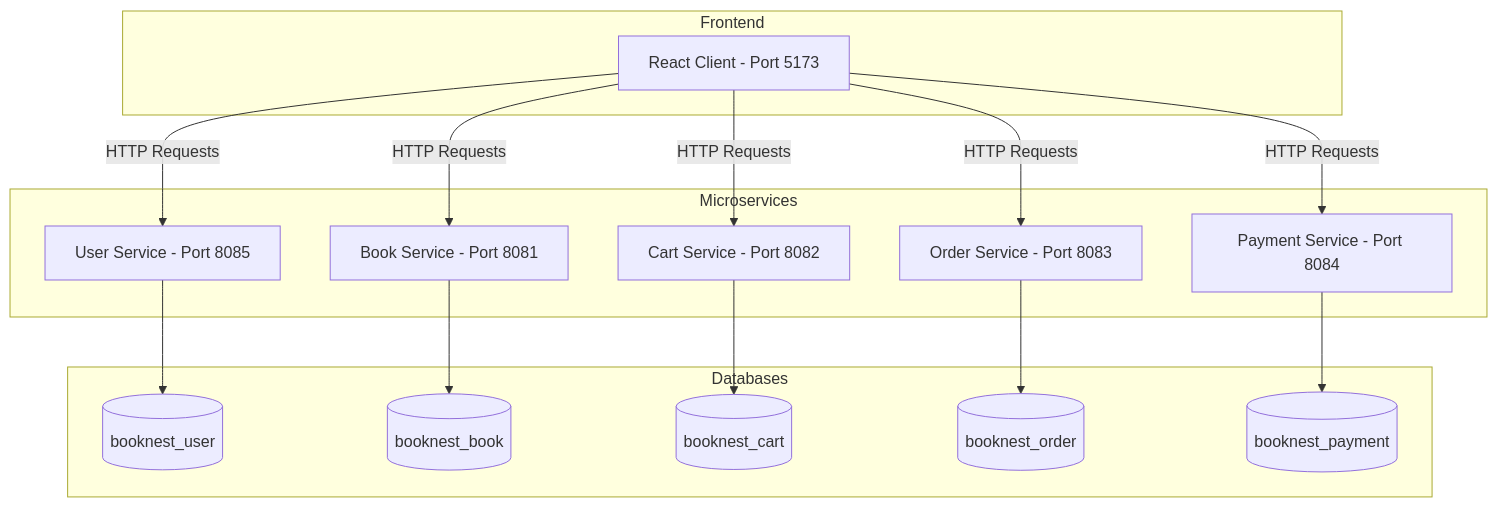
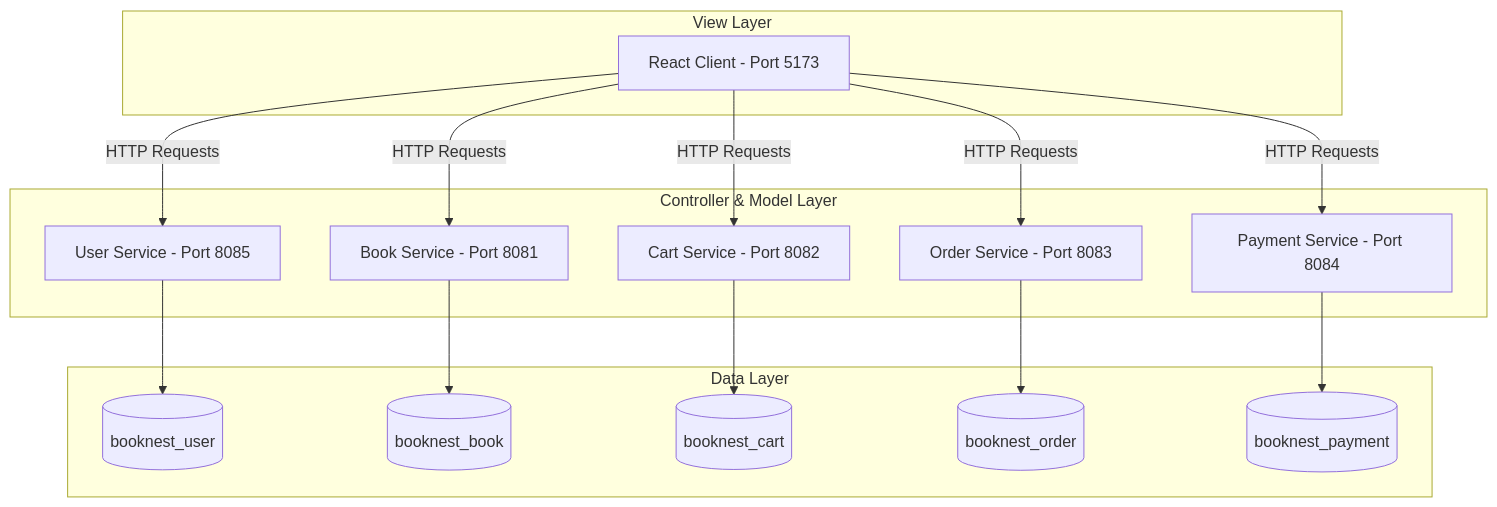
The first of 4 diagrams in README_API.md (anjanadulan/BookNest), drawn with Mermaid before and after one commit. The commit also changed other lines of this file, not shown here.

Commit message:
Expanded README_API.md with detailed microservice workflows, schemas, and connection flows

````diff
--- a/README_API.md
+++ b/README_API.md
@@ -11,34 +11,34 @@
 ```mermaid
 graph TD
-    subgraph Frontend
+    subgraph Frontend [View Layer]
         React[React Client - Port 5173]
     end
 
-    subgraph Microservices
+    subgraph Microservices [Controller & Model Layer]
         UserSvc[User Service - Port 8085]
         BookSvc[Book Service - Port 8081]
         CartSvc[Cart Service - Port 8082]
         OrderSvc[Order Service - Port 8083]
         PaymentSvc[Payment Service - Port 8084]
     end
 
-    subgraph Databases
+    subgraph Databases [Data Layer]
         DB_User[(booknest_user)]
         DB_Book[(booknest_book)]
         DB_Cart[(booknest_cart)]
         DB_Order[(booknest_order)]
         DB_Pay[(booknest_payment)]
     end
 
     React -->|HTTP Requests| UserSvc
     React -->|HTTP Requests| BookSvc
     React -->|HTTP Requests| CartSvc
     React -->|HTTP Requests| OrderSvc
     React -->|HTTP Requests| PaymentSvc
 
     UserSvc --> DB_User
     BookSvc --> DB_Book
     CartSvc --> DB_Cart
     OrderSvc --> DB_Order
     PaymentSvc --> DB_Pay
 ```
````
